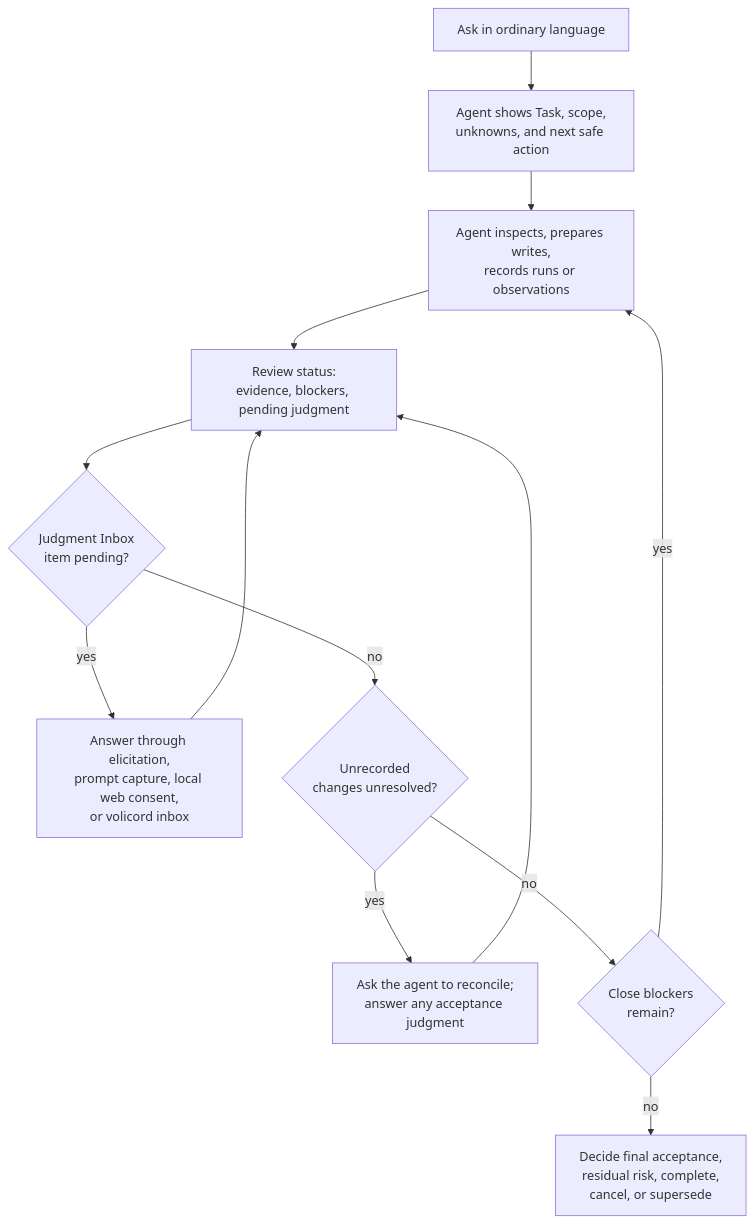
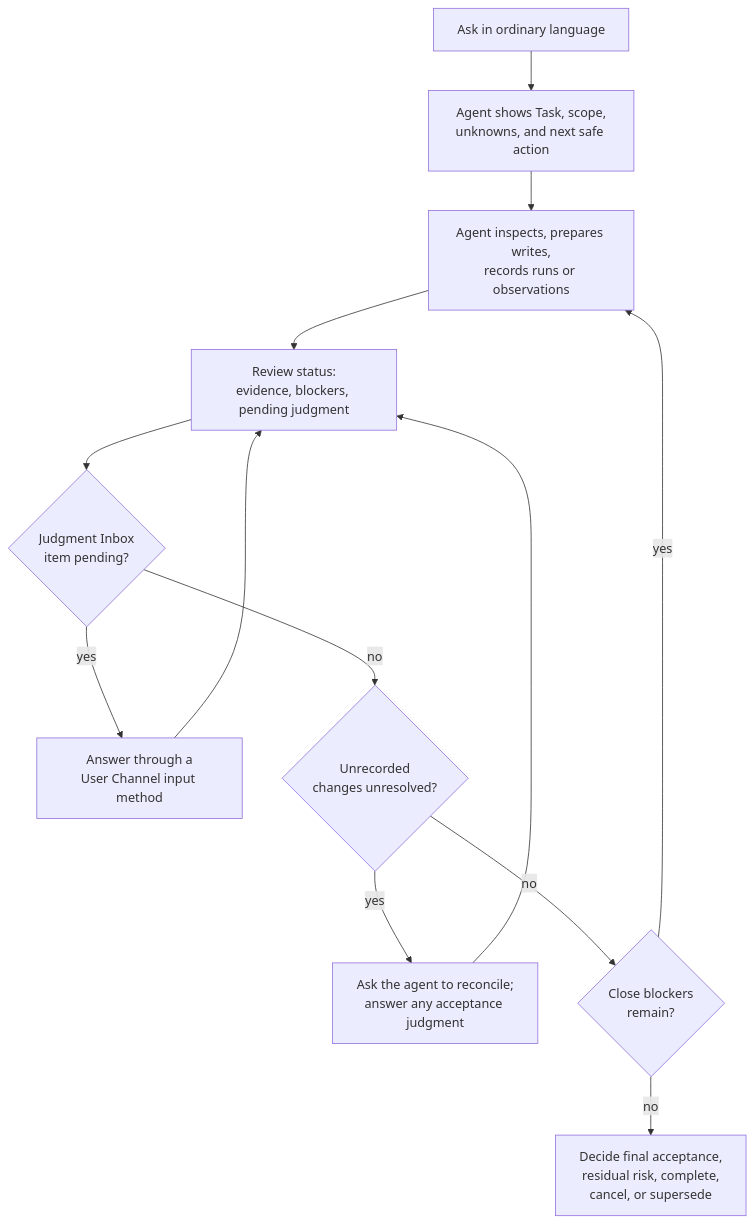
One commit to minjungw00/Volicord changed the first of 3 diagrams in docs/en/guides/user-workflow.md. Above: the diagram before and after it, drawn with Mermaid. The commit also changed other lines of this file and 65 other files, not shown here.

````diff
--- a/docs/en/guides/user-workflow.md
+++ b/docs/en/guides/user-workflow.md
@@ -12,21 +12,21 @@
 ```mermaid
 flowchart TD
   ask["Ask in ordinary language"]
   boundary["Agent shows Task, scope,<br/>unknowns, and next safe action"]
   action["Agent inspects, prepares writes,<br/>records runs or observations"]
   status["Review status:<br/>evidence, blockers, pending judgment"]
   judgment{"Judgment Inbox<br/>item pending?"}
-  answer["Answer through elicitation,<br/>prompt capture, local web consent,<br/>or volicord inbox"]
+  answer["Answer through a<br/>User Channel input method"]
   changes{"Unrecorded<br/>changes unresolved?"}
   reconcile["Ask the agent to reconcile;<br/>answer any acceptance judgment"]
   close{"Close blockers<br/>remain?"}
   finish["Decide final acceptance,<br/>residual risk, complete,<br/>cancel, or supersede"]
 
   ask --> boundary --> action --> status --> judgment
   judgment -- yes --> answer --> status
   judgment -- no --> changes
   changes -- yes --> reconcile --> status
   changes -- no --> close
   close -- yes --> action
   close -- no --> finish
 ```
````
